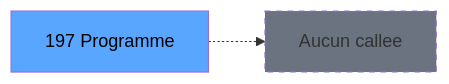
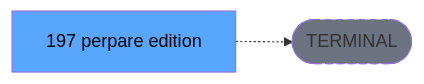
Before and after one commit to thonyAGP/lecteur-magic: the third of 3 diagrams in .openspec/renders/ADH-IDE-197.md, drawn with Mermaid. The commit also changed other lines of this file and 701 other files, not shown here.

````diff
--- a/.openspec/renders/ADH-IDE-197.md
+++ b/.openspec/renders/ADH-IDE-197.md
@@ -124,8 +134,8 @@
 ```mermaid
 graph LR
-    T[197 Programme]
-    NONE[Aucun callee]
-    T -.-> NONE
+    T[197 perpare edition]
+    TERM([TERMINAL])
+    T -.-> TERM
+    style TERM fill:#6b7280,stroke-dasharray: 5 5
     style T fill:#58a6ff,color:#000
-    style NONE fill:#6b7280,stroke-dasharray: 5 5
 ```
````
